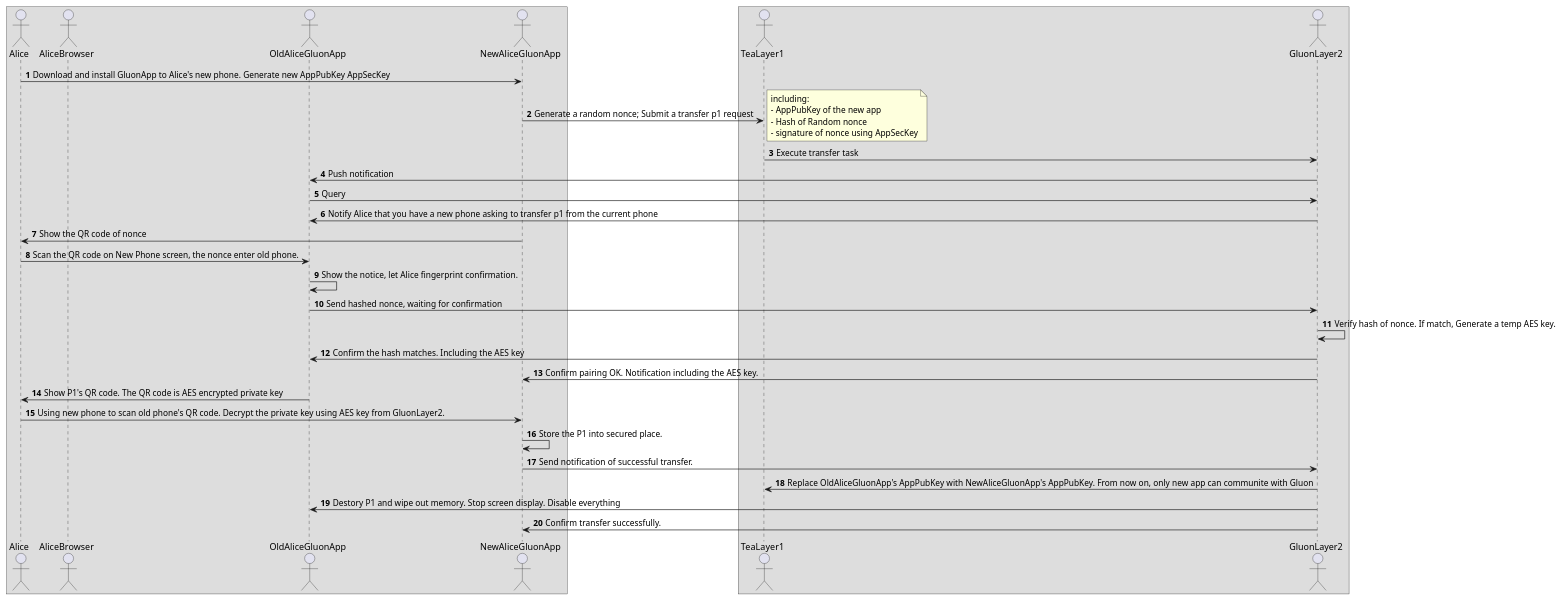
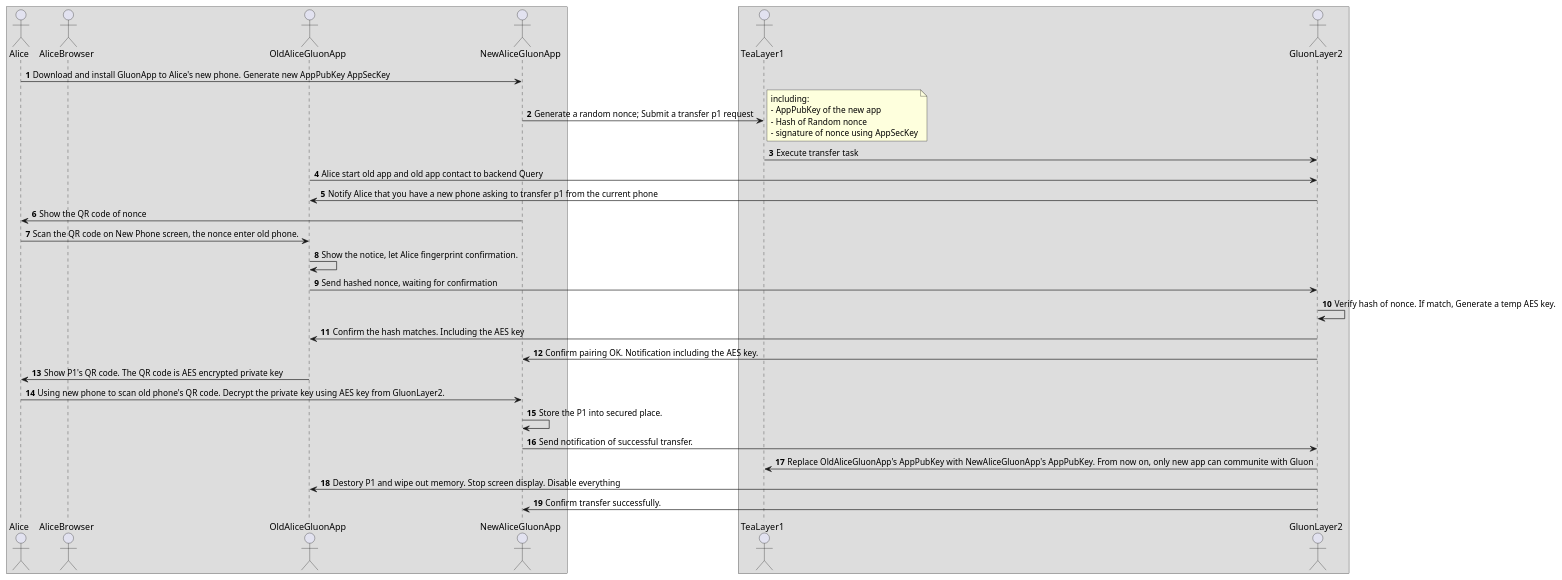
The fourth of 4 diagrams in Design/Key_management_design.md (tearust/gluon-docs), drawn with PlantUML before and after one commit. The commit also changed other lines of this file, not shown here.

Commit message:
update remove push notification

````diff
--- a/Design/Key_management_design.md
+++ b/Design/Key_management_design.md
@@ -244,44 +256,43 @@
 ```puml
 @startuml
 autonumber
 box
 actor Alice
 actor AliceBrowser
 actor OldAliceGluonApp
 actor NewAliceGluonApp
 endbox
 box
 actor TeaLayer1
 actor GluonLayer2
 endbox
 
 Alice -> NewAliceGluonApp: Download and install GluonApp to Alice's new phone. Generate new AppPubKey AppSecKey
 NewAliceGluonApp -> TeaLayer1: Generate a random nonce; Submit a transfer p1 request 
 note right
 including:
 - AppPubKey of the new app
 - Hash of Random nonce
 - signature of nonce using AppSecKey
 end note
 
 TeaLayer1 -> GluonLayer2: Execute transfer task
-GluonLayer2 -> OldAliceGluonApp: Push notification
-OldAliceGluonApp -> GluonLayer2: Query
+OldAliceGluonApp -> GluonLayer2: Alice start old app and old app contact to backend Query
 GluonLayer2 -> OldAliceGluonApp: Notify Alice that you have a new phone asking to transfer p1 from the current phone
 NewAliceGluonApp -> Alice: Show the QR code of nonce
 Alice -> OldAliceGluonApp: Scan the QR code on New Phone screen, the nonce enter old phone.
 OldAliceGluonApp -> OldAliceGluonApp: Show the notice, let Alice fingerprint confirmation. 
 OldAliceGluonApp -> GluonLayer2: Send hashed nonce, waiting for confirmation
 GluonLayer2 -> GluonLayer2: Verify hash of nonce. If match, Generate a temp AES key.
 GluonLayer2 -> OldAliceGluonApp: Confirm the hash matches. Including the AES key
 GluonLayer2 -> NewAliceGluonApp: Confirm pairing OK. Notification including the AES key.
 OldAliceGluonApp -> Alice: Show P1's QR code. The QR code is AES encrypted private key
 Alice -> NewAliceGluonApp: Using new phone to scan old phone's QR code. Decrypt the private key using AES key from GluonLayer2.
 NewAliceGluonApp -> NewAliceGluonApp: Store the P1 into secured place. 
 NewAliceGluonApp -> GluonLayer2: Send notification of successful transfer.
 GluonLayer2 -> TeaLayer1: Replace OldAliceGluonApp's AppPubKey with NewAliceGluonApp's AppPubKey. From now on, only new app can communite with Gluon
 GluonLayer2 -> OldAliceGluonApp: Destory P1 and wipe out memory. Stop screen display. Disable everything
 GluonLayer2 -> NewAliceGluonApp: Confirm transfer successfully.
 
 @enduml
 ```
````
